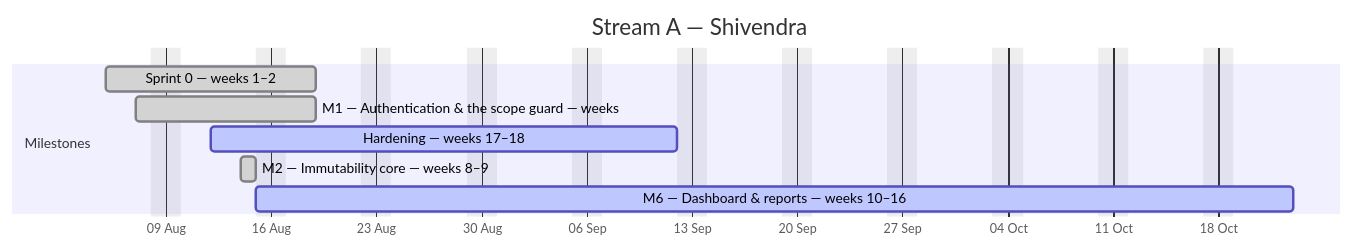
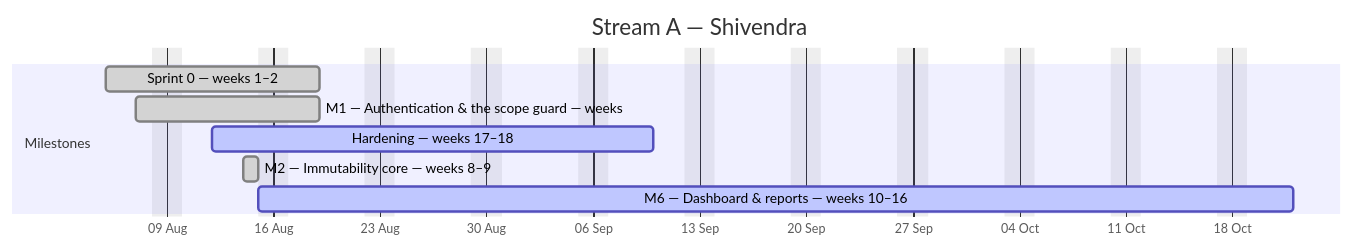
One commit to debashisedunext/EduTrack changed the first of 4 diagrams in docs/plan/GANTT.md. Above: the diagram before and after it, drawn with Mermaid. The commit also changed other lines of this file and 3 other files, not shown here.

````diff
--- a/docs/plan/GANTT.md
+++ b/docs/plan/GANTT.md
@@ -113,13 +111,13 @@
 ```mermaid
 gantt
     dateFormat YYYY-MM-DD
     axisFormat %d %b
     title Stream A — Shivendra
     excludes weekends
     section Milestones
     Sprint 0 — weeks 1–2 :done, a0, 2026-08-05, 10d
     M1 — Authentication & the scope guard — weeks :done, a1, 2026-08-07, 8d
-    Hardening — weeks 17–18 :active, a2, 2026-08-12, 23d
+    Hardening — weeks 17–18 :active, a2, 2026-08-12, 21d
     M2 — Immutability core — weeks 8–9 :done, a3, 2026-08-14, 1d
-    M6 — Dashboard & reports — weeks 10–16 :active, a4, 2026-08-15, 50d
+    M6 — Dashboard & reports — weeks 10–16 :active, a4, 2026-08-15, 49d
 ```
````
